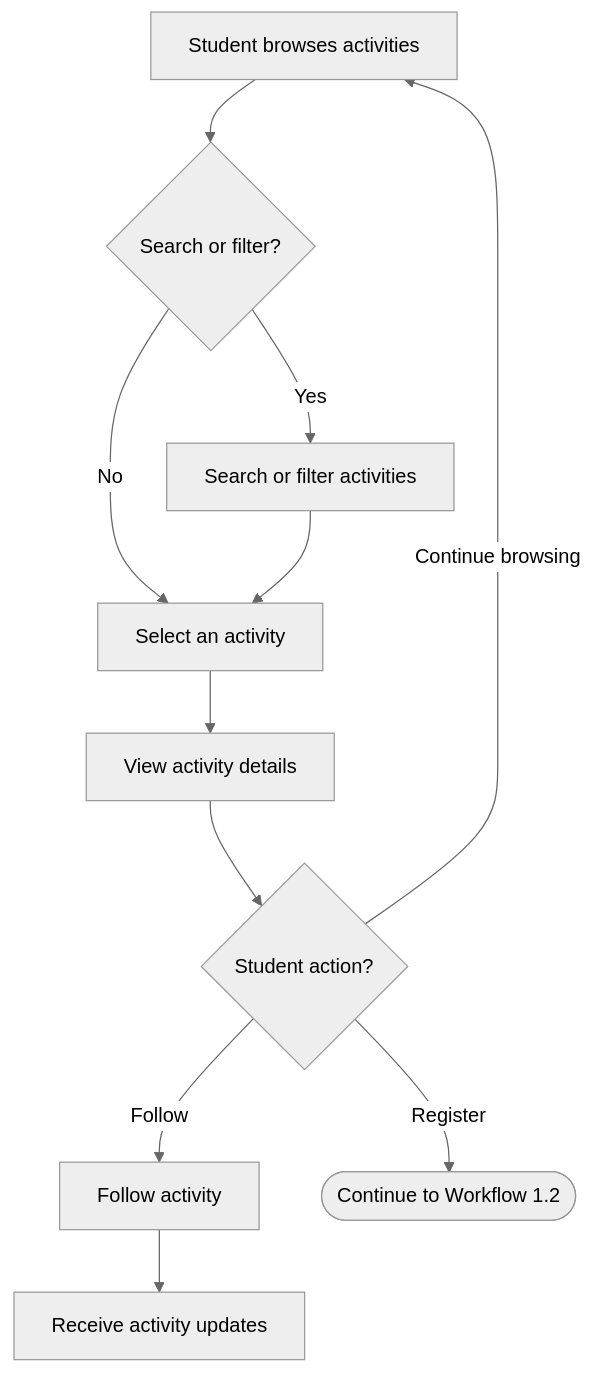
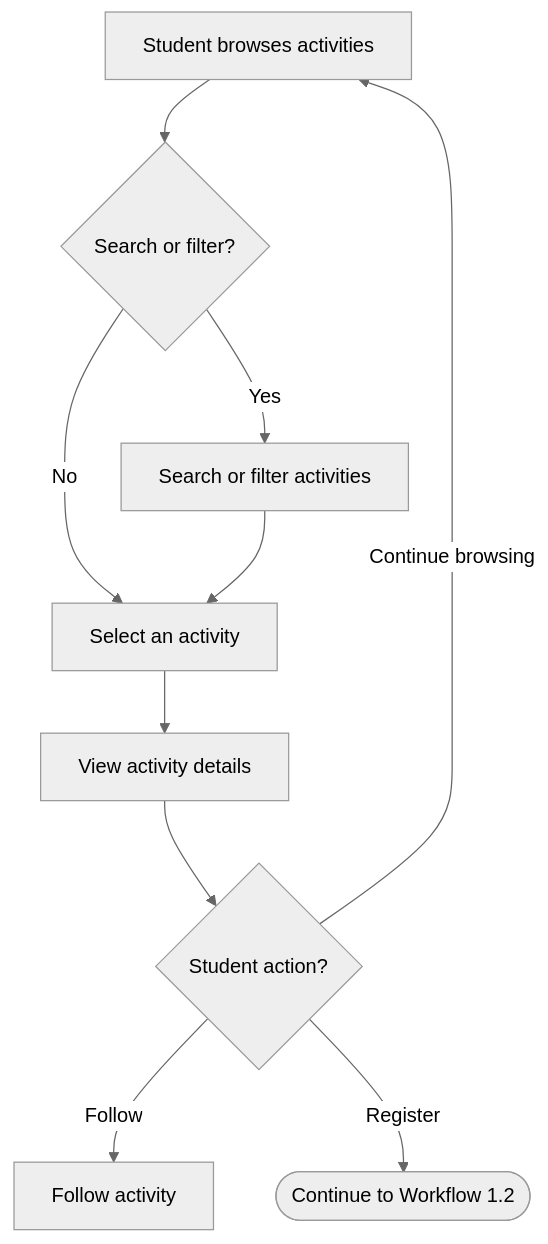
One commit to APCSk24-CS300/cs300-project changed the first of 5 diagrams in docs/requirements/vision-document.md. Above: the diagram before and after it, drawn with Mermaid (neutral theme).

Commit message:
remove receive update from diagram 1

````diff
--- a/docs/requirements/vision-document.md
+++ b/docs/requirements/vision-document.md
@@ -109,16 +109,15 @@
 ```mermaid
 flowchart TD
     A[Student browses activities] --> B{Search or filter?}
     B -->|Yes| C[Search or filter activities]
     B -->|No| D[Select an activity]
     C --> D
 
     D --> E[View activity details]
     E --> F{Student action?}
 
     F -->|Follow| G[Follow activity]
-    G --> H[Receive activity updates]
 
     F -->|Register| I([Continue to Workflow 1.2])
     F -->|Continue browsing| A
 ```
````
